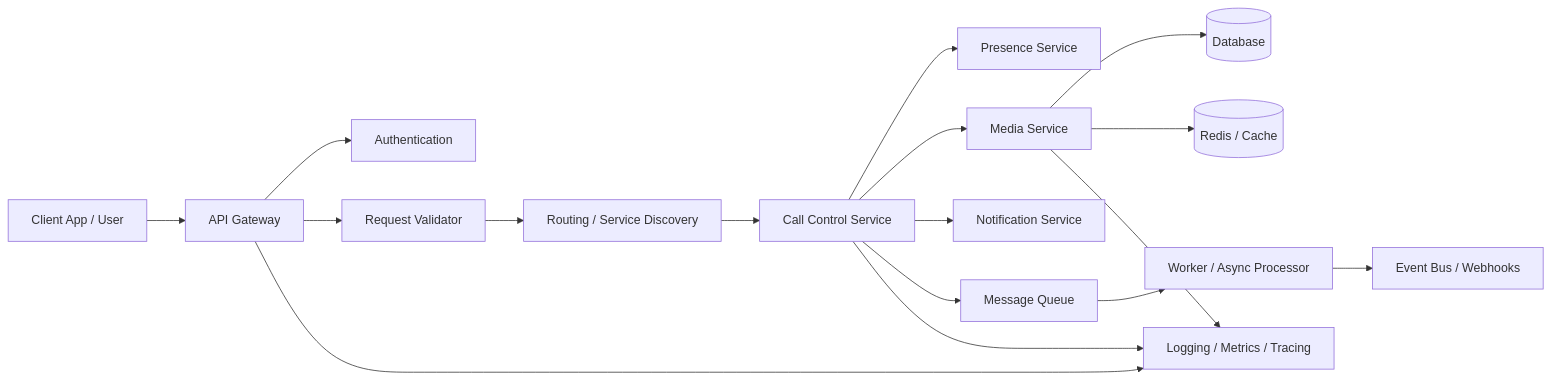
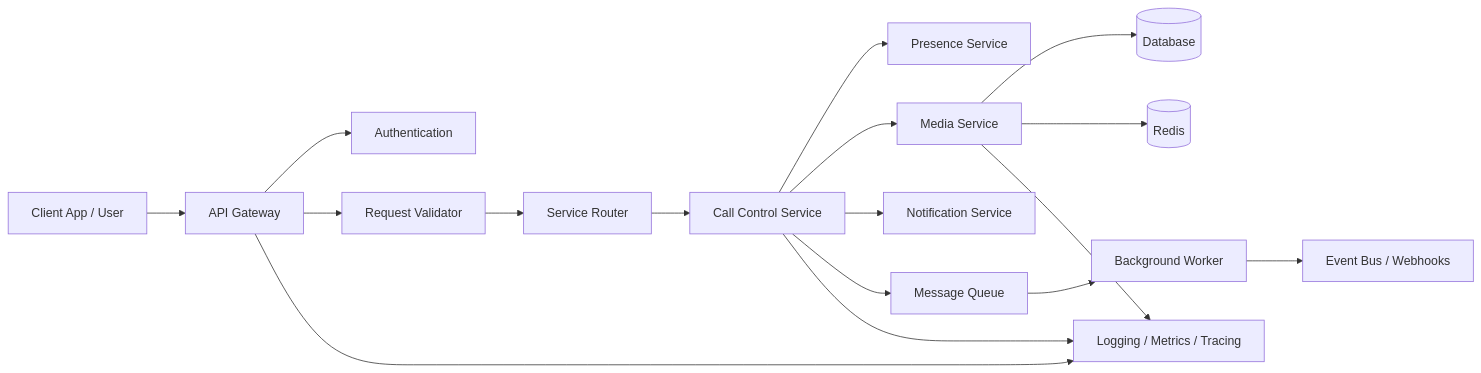
The diagram in README.md (aadiops/virtual-calling-architecture-demo), drawn with Mermaid before and after one commit. The commit also changed other lines of this file and 5 other files, not shown here.

Commit message:
Add a fuller virtual-calling architecture project with docs, deployment view, and runnable demo code.

````diff
--- a/README.md
+++ b/README.md
@@ -16,21 +47,21 @@
 ```mermaid
 flowchart LR
     U[Client App / User] --> G[API Gateway]
     G --> A[Authentication]
     G --> V[Request Validator]
-    V --> R[Routing / Service Discovery]
+    V --> R[Service Router]
     R --> C[Call Control Service]
     C --> P[Presence Service]
     C --> M[Media Service]
     C --> N[Notification Service]
 
     M --> DB[(Database)]
-    M --> CACHE[(Redis / Cache)]
+    M --> CACHE[(Redis)]
     C --> MQ[Message Queue]
-    MQ --> W[Worker / Async Processor]
+    MQ --> W[Background Worker]
     W --> EVT[Event Bus / Webhooks]
 
     G --> OBS[Logging / Metrics / Tracing]
     C --> OBS
     M --> OBS
 ```
````
